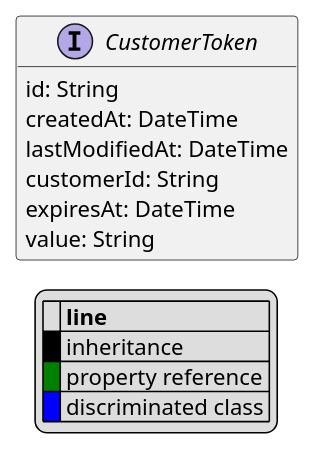
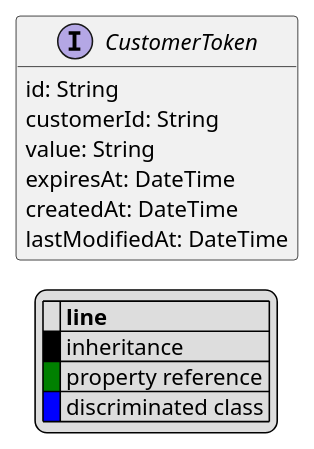
Before and after one commit to commercetools/commercetools-api-reference: the diagram in uml/api/CustomerToken.puml, drawn with PlantUML. The commit also changed other lines of this file and 12 other files, not shown here.

```diff
--- a/uml/api/CustomerToken.puml
+++ b/uml/api/CustomerToken.puml
@@ -1,25 +1,25 @@
 @startuml
 
 hide empty fields
 hide empty methods
 legend
 |= |= line |
 |<back:black>   </back>| inheritance |
 |<back:green>   </back>| property reference |
 |<back:blue>   </back>| discriminated class |
 endlegend
 interface CustomerToken [[CustomerToken.svg]]  {
     id: String
+    customerId: String
+    value: String
+    expiresAt: DateTime
     createdAt: DateTime
     lastModifiedAt: DateTime
-    customerId: String
-    expiresAt: DateTime
-    value: String
 }
 
 
 
 
 
 
 @enduml
```
